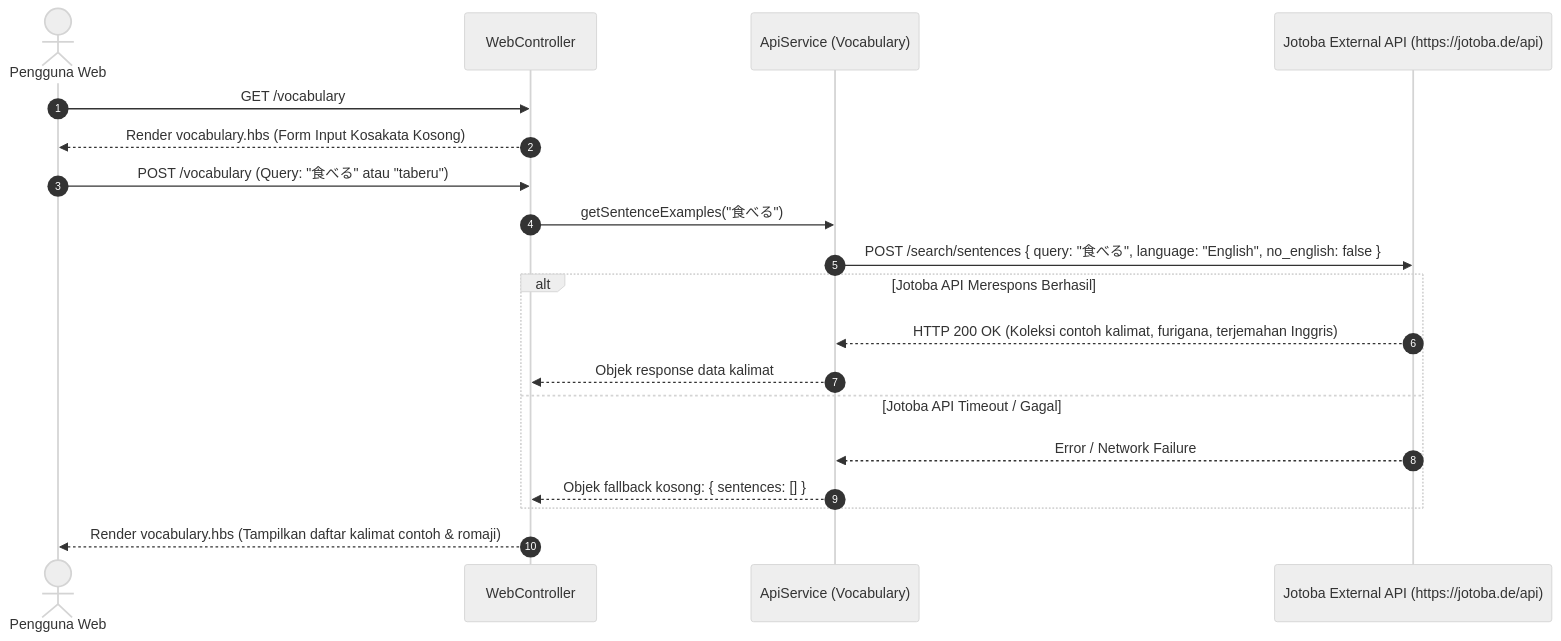
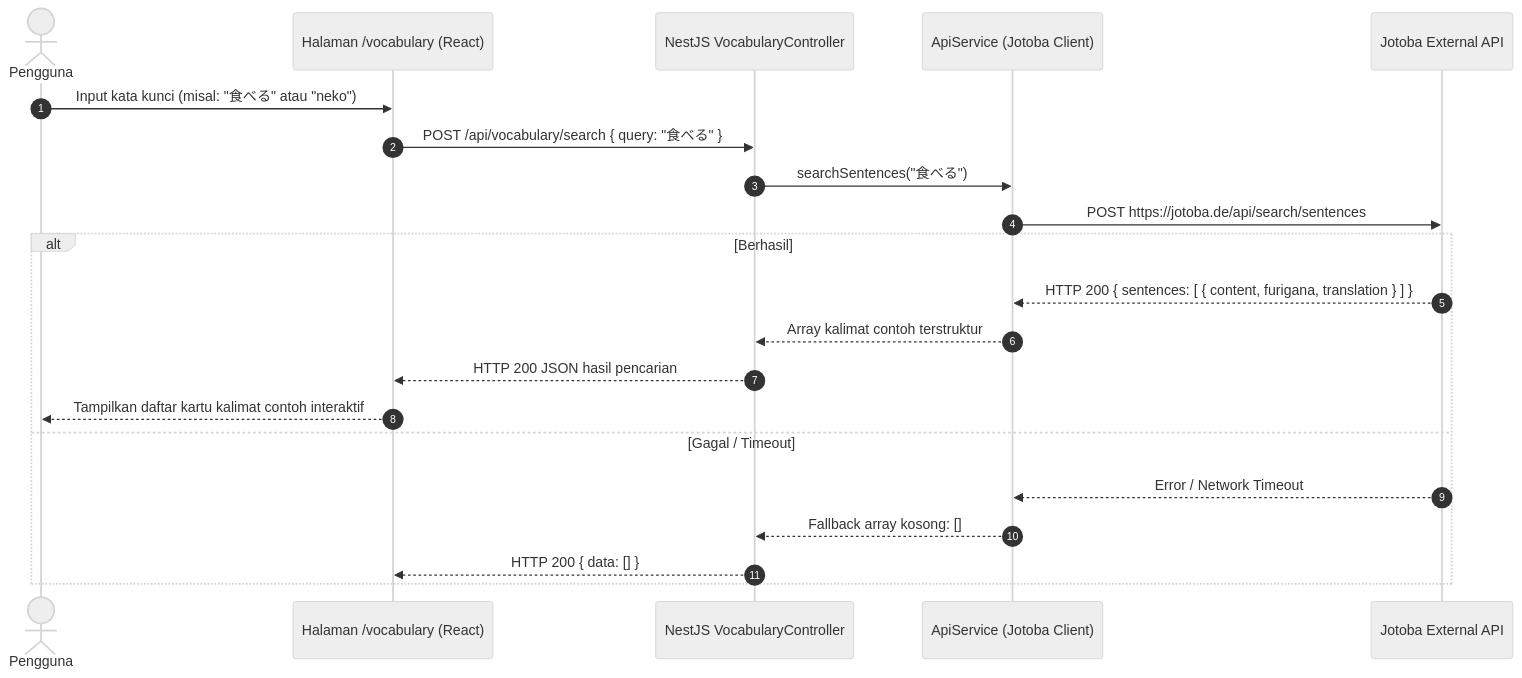
One commit to minipingu/kitsuno-tapi-nest-js-sqlite changed the fifth of 6 diagrams in README.md. Above: the diagram before and after it, drawn with Mermaid (neutral theme). The commit also changed other lines of this file and 1 other file, not shown here.

````diff
--- a/README.md
+++ b/README.md
@@ -399,25 +363,24 @@
 ```mermaid
 sequenceDiagram
     autonumber
-    actor User as Pengguna Web
-    participant WebCtrl as WebController
-    participant ApiSvc as ApiService (Vocabulary)
-    participant Jotoba as Jotoba External API (https://jotoba.de/api)
+    actor User as Pengguna
+    participant UI as Halaman /vocabulary (React)
+    participant Nest as NestJS VocabularyController
+    participant ApiSvc as ApiService (Jotoba Client)
+    participant Jotoba as Jotoba External API
 
-    User->>WebCtrl: GET /vocabulary
-    WebCtrl-->>User: Render vocabulary.hbs (Form Input Kosakata Kosong)
-
-    User->>WebCtrl: POST /vocabulary (Query: "食べる" atau "taberu")
-    WebCtrl->>ApiSvc: getSentenceExamples("食べる")
-    ApiSvc->>Jotoba: POST /search/sentences { query: "食べる", language: "English", no_english: false }
-    
-    alt Jotoba API Merespons Berhasil
-        Jotoba-->>ApiSvc: HTTP 200 OK (Koleksi contoh kalimat, furigana, terjemahan Inggris)
-        ApiSvc-->>WebCtrl: Objek response data kalimat
-    else Jotoba API Timeout / Gagal
-        Jotoba-->>ApiSvc: Error / Network Failure
-        ApiSvc-->>WebCtrl: Objek fallback kosong: { sentences: [] }
+    User->>UI: Input kata kunci (misal: "食べる" atau "neko")
+    UI->>Nest: POST /api/vocabulary/search { query: "食べる" }
+    Nest->>ApiSvc: searchSentences("食べる")
+    ApiSvc->>Jotoba: POST https://jotoba.de/api/search/sentences
+    alt Berhasil
+        Jotoba-->>ApiSvc: HTTP 200 { sentences: [ { content, furigana, translation } ] }
+        ApiSvc-->>Nest: Array kalimat contoh terstruktur
+        Nest-->>UI: HTTP 200 JSON hasil pencarian
+        UI-->>User: Tampilkan daftar kartu kalimat contoh interaktif
+    else Gagal / Timeout
+        Jotoba-->>ApiSvc: Error / Network Timeout
+        ApiSvc-->>Nest: Fallback array kosong: []
+        Nest-->>UI: HTTP 200 { data: [] }
     end
-
-    WebCtrl-->>User: Render vocabulary.hbs (Tampilkan daftar kalimat contoh & romaji)
 ```
````
